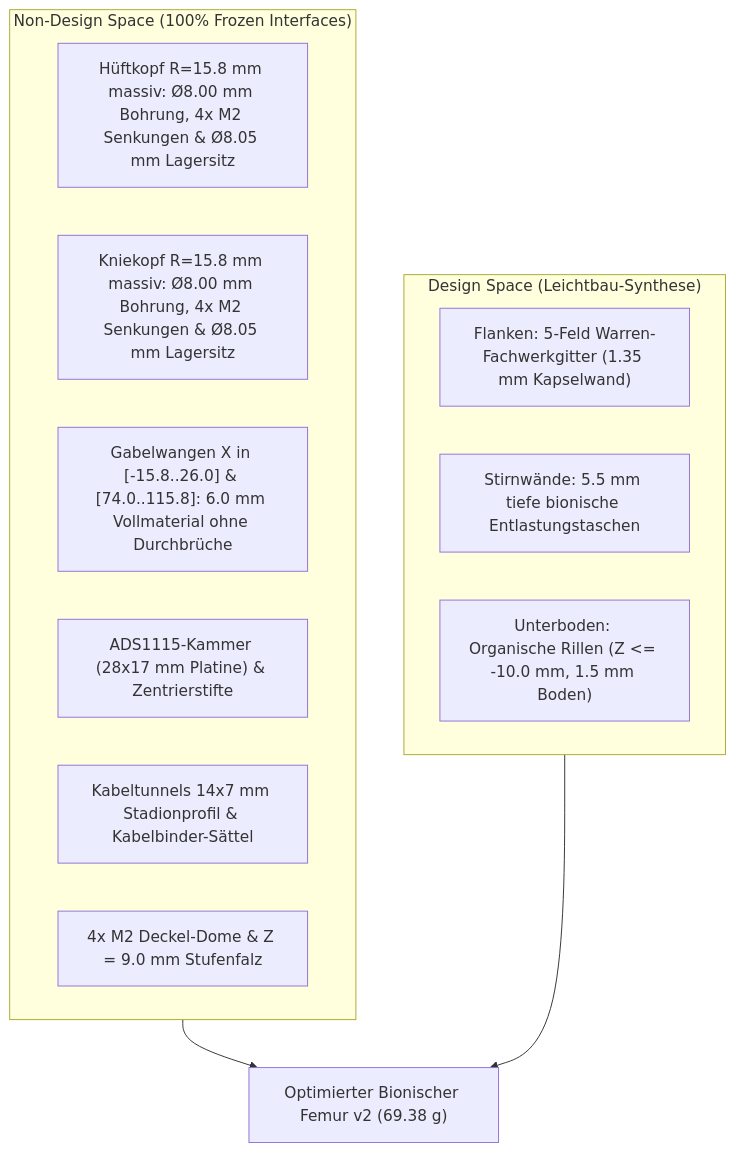
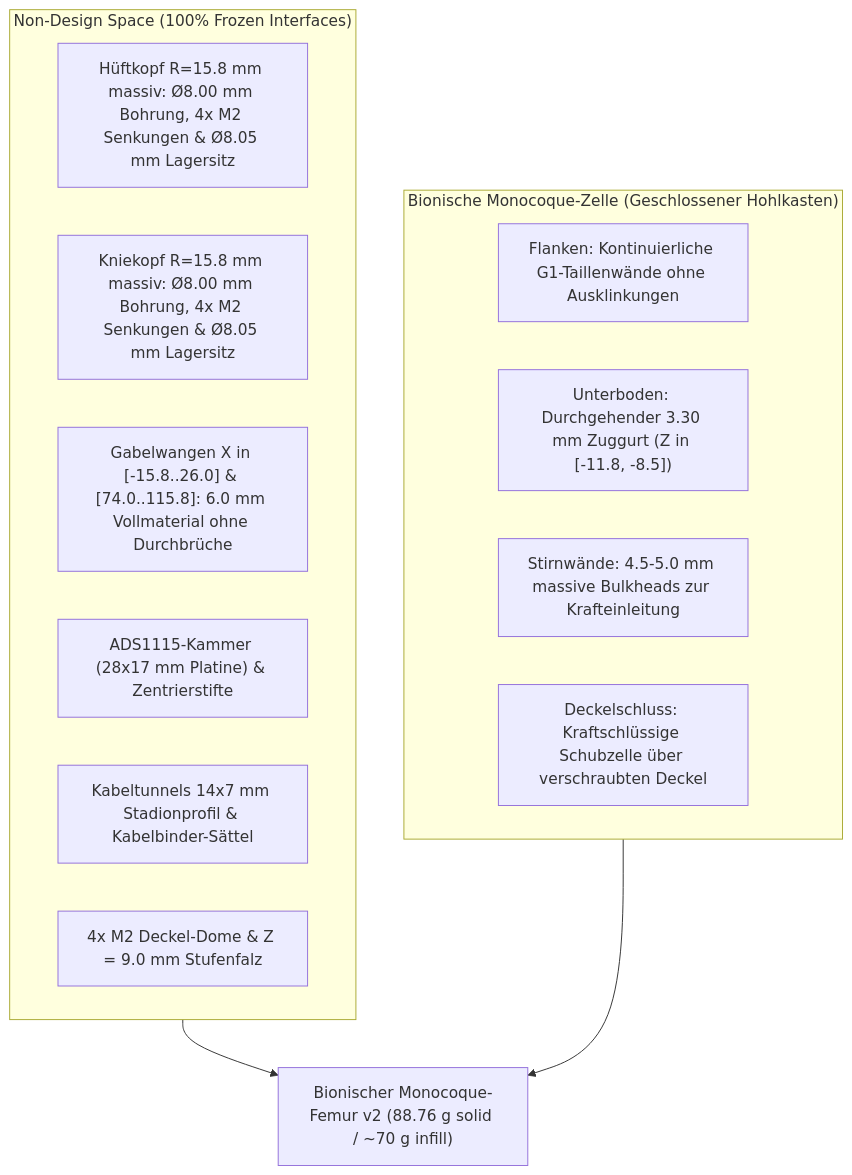
Before and after one commit to vern-da-coda/lasius: the third of 3 diagrams in docs/hardware/femur_topology_optimization_report.md, drawn with Mermaid. The commit also changed other lines of this file and 7 other files, not shown here.

First line of the commit message:
feat(mechanics): convert femur waist to bionic monocoque box girder

````diff
--- a/docs/hardware/femur_topology_optimization_report.md
+++ b/docs/hardware/femur_topology_optimization_report.md
@@ -87,20 +88,21 @@
 ```mermaid
 flowchart TD
     subgraph NonDesign["Non-Design Space (100% Frozen Interfaces)"]
         H["Hüftkopf R=15.8 mm massiv: Ø8.00 mm Bohrung, 4x M2 Senkungen & Ø8.05 mm Lagersitz"]
         K["Kniekopf R=15.8 mm massiv: Ø8.00 mm Bohrung, 4x M2 Senkungen & Ø8.05 mm Lagersitz"]
         CH["Gabelwangen X in [-15.8..26.0] & [74.0..115.8]: 6.0 mm Vollmaterial ohne Durchbrüche"]
         ADC["ADS1115-Kammer (28x17 mm Platine) & Zentrierstifte"]
         CAB["Kabeltunnels 14x7 mm Stadionprofil & Kabelbinder-Sättel"]
         COV["4x M2 Deckel-Dome & Z = 9.0 mm Stufenfalz"]
     end
 
-    subgraph Design["Design Space (Leichtbau-Synthese)"]
-        FL["Flanken: 5-Feld Warren-Fachwerkgitter (1.35 mm Kapselwand)"]
-        BH["Stirnwände: 5.5 mm tiefe bionische Entlastungstaschen"]
-        BOT["Unterboden: Organische Rillen (Z <= -10.0 mm, 1.5 mm Boden)"]
+    subgraph Monocoque["Bionische Monocoque-Zelle (Geschlossener Hohlkasten)"]
+        FL["Flanken: Kontinuierliche G1-Taillenwände ohne Ausklinkungen"]
+        BOT["Unterboden: Durchgehender 3.30 mm Zuggurt (Z in [-11.8, -8.5])"]
+        BH["Stirnwände: 4.5-5.0 mm massive Bulkheads zur Krafteinleitung"]
+        ROOF["Deckelschluss: Kraftschlüssige Schubzelle über verschraubten Deckel"]
     end
 
-    NonDesign --> Result["Optimierter Bionischer Femur v2 (69.38 g)"]
-    Design --> Result
+    NonDesign --> Result["Bionischer Monocoque-Femur v2 (88.76 g solid / ~70 g infill)"]
+    Monocoque --> Result
 ```
````
